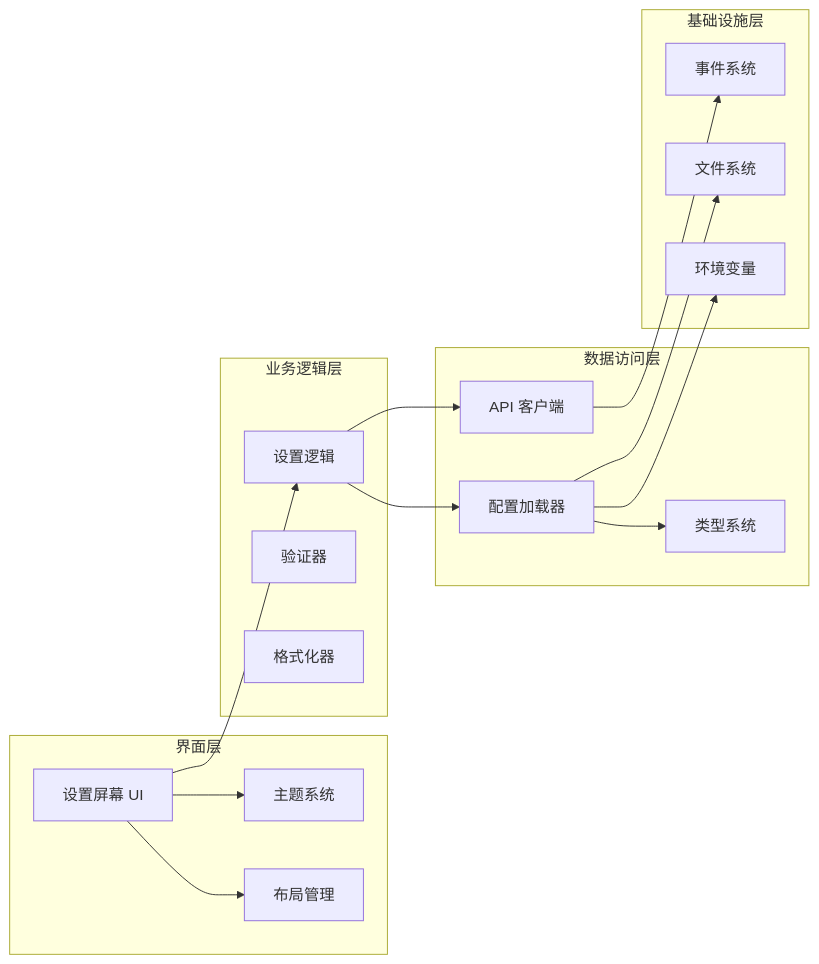
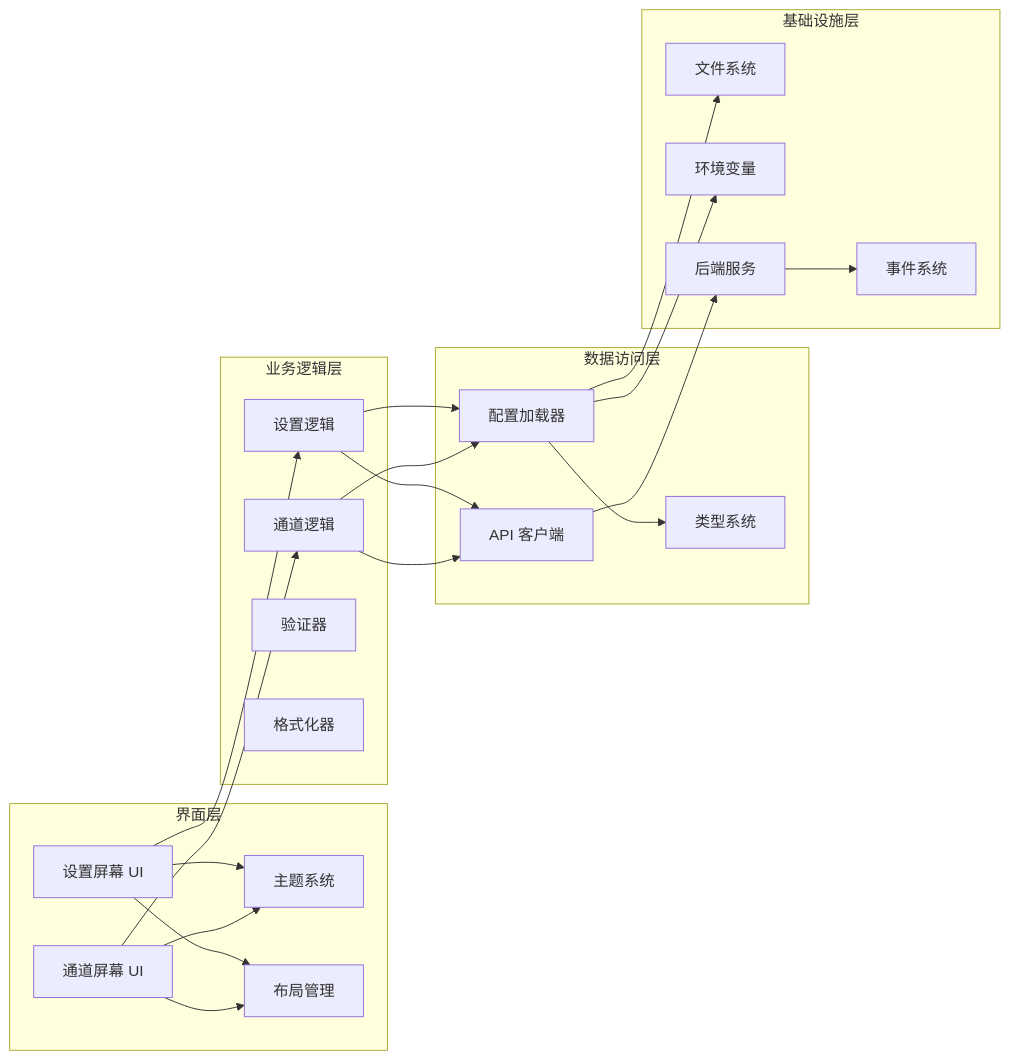
Before and after one commit to hexiaowen-bot/openfang: the seventh of 7 diagrams in .qoder/repowiki/zh/content/CLI 工具和桌面应用/TUI 仪表板/设置屏幕.md, drawn with Mermaid. The commit also changed other lines of this file and 65 other files, not shown here.

````diff
--- a/.qoder/repowiki/zh/content/CLI 工具和桌面应用/TUI 仪表板/设置屏幕.md
+++ b/.qoder/repowiki/zh/content/CLI 工具和桌面应用/TUI 仪表板/设置屏幕.md
@@ -286,32 +364,41 @@
 ```mermaid
 graph LR
 subgraph "界面层"
 SettingsUI[设置屏幕 UI]
+ChannelsUI[通道屏幕 UI]
 Theme[主题系统]
 Layout[布局管理]
 end
 subgraph "业务逻辑层"
 SettingsLogic[设置逻辑]
+ChannelsLogic[通道逻辑]
 Validation[验证器]
 Formatter[格式化器]
 end
 subgraph "数据访问层"
 ConfigLoader[配置加载器]
 TypeSystem[类型系统]
 APIClient[API 客户端]
 end
 subgraph "基础设施层"
 EventSystem[事件系统]
 FileSystem[文件系统]
 Environment[环境变量]
+Backend[后端服务]
 end
 SettingsUI --> SettingsLogic
+ChannelsUI --> ChannelsLogic
 SettingsLogic --> ConfigLoader
 ConfigLoader --> TypeSystem
+ChannelsLogic --> ConfigLoader
 SettingsLogic --> APIClient
-APIClient --> EventSystem
+ChannelsLogic --> APIClient
+APIClient --> Backend
+Backend --> EventSystem
 SettingsUI --> Theme
 SettingsUI --> Layout
+ChannelsUI --> Theme
+ChannelsUI --> Layout
 ConfigLoader --> FileSystem
 ConfigLoader --> Environment
 ```
````
